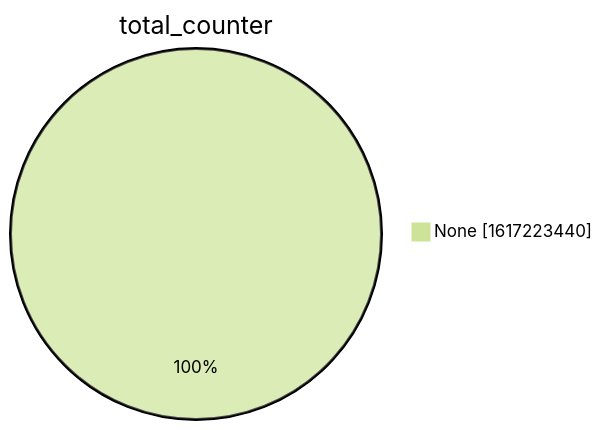
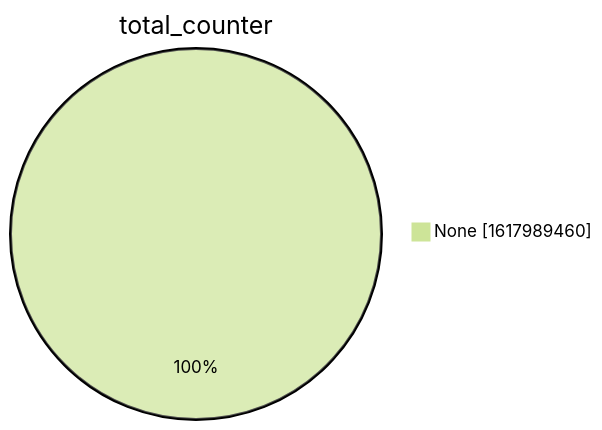
Before and after one commit to christiankrug/ctmonitor_visualization: the second of 15 diagrams in xenon2022/README.md, drawn with Mermaid (forest theme). The commit also changed other lines of this file, not shown here.

````diff
--- a/xenon2022/README.md
+++ b/xenon2022/README.md
@@ -9,5 +9,5 @@
 ```mermaid
 pie showData
 title total_counter
-"None" :1617223440
+"None" :1617989460
 ```
````
